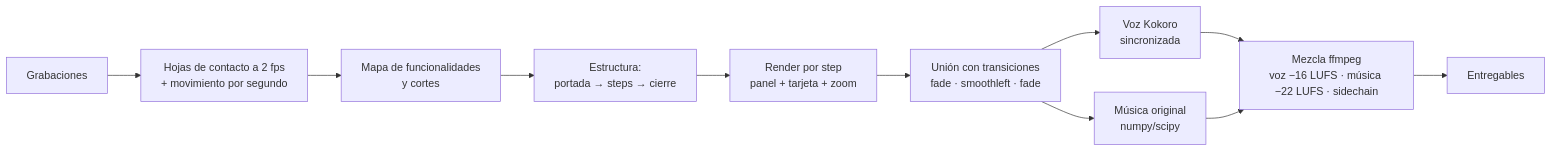
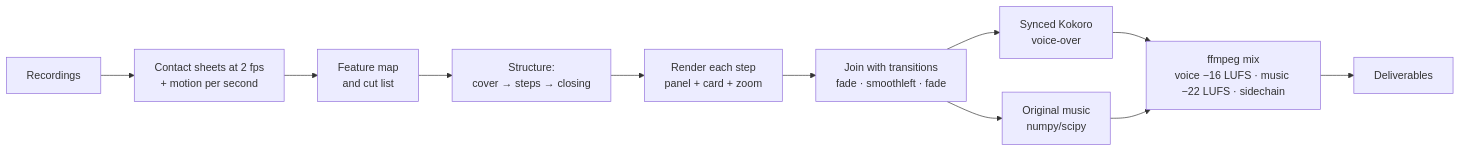
Before and after one commit to mauribeza/video-skill: the diagram in README.md, drawn with Mermaid. The commit also changed other lines of this file and 19 other files, not shown here.

````diff
--- a/README.md
+++ b/README.md
@@ -157,13 +157,13 @@
 ```mermaid
 flowchart LR
-    A[Grabaciones] --> B[Hojas de contacto a 2 fps<br/>+ movimiento por segundo]
-    B --> C[Mapa de funcionalidades<br/>y cortes]
-    C --> D[Estructura:<br/>portada → steps → cierre]
-    D --> E[Render por step<br/>panel + tarjeta + zoom]
-    E --> F[Unión con transiciones<br/>fade · smoothleft · fade]
-    F --> G[Voz Kokoro<br/>sincronizada]
-    F --> H[Música original<br/>numpy/scipy]
-    G --> I[Mezcla ffmpeg<br/>voz −16 LUFS · música −22 LUFS · sidechain]
+    A[Recordings] --> B[Contact sheets at 2 fps<br/>+ motion per second]
+    B --> C[Feature map<br/>and cut list]
+    C --> D[Structure:<br/>cover → steps → closing]
+    D --> E[Render each step<br/>panel + card + zoom]
+    E --> F[Join with transitions<br/>fade · smoothleft · fade]
+    F --> G[Synced Kokoro<br/>voice-over]
+    F --> H[Original music<br/>numpy/scipy]
+    G --> I[ffmpeg mix<br/>voice −16 LUFS · music −22 LUFS · sidechain]
     H --> I
-    I --> J[Entregables]
+    I --> J[Deliverables]
 ```
````
